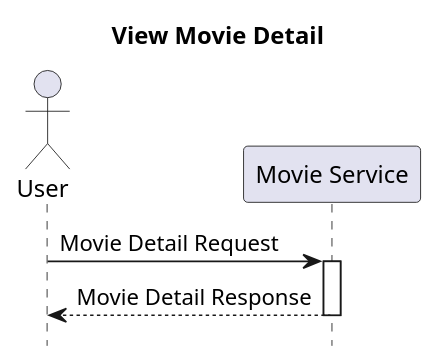
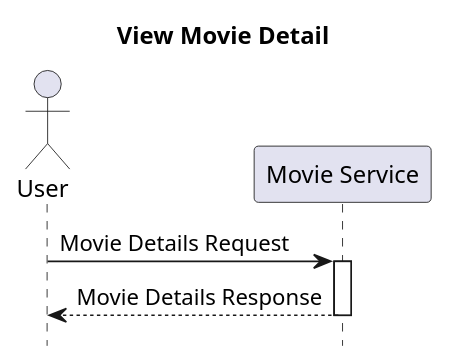
One commit to b4456609/movie-example changed the diagram in diagram/viewMovieDetail.pu. Above: the diagram before and after it, drawn with PlantUML. The commit also changed 5 other files, not shown here.

Commit message:
replace detail to details

```diff
--- a/diagram/viewMovieDetail.pu
+++ b/diagram/viewMovieDetail.pu
@@ -1,13 +1,13 @@
 @startuml
 hide footbox
 title View Movie Detail
 
 actor User
 participant "Movie Service" as MS
 
-User -> MS: Movie Detail Request
+User -> MS: Movie Details Request
 activate MS
-MS --> User: Movie Detail Response
+MS --> User: Movie Details Response
 deactivate MS
 
 @enduml
```
